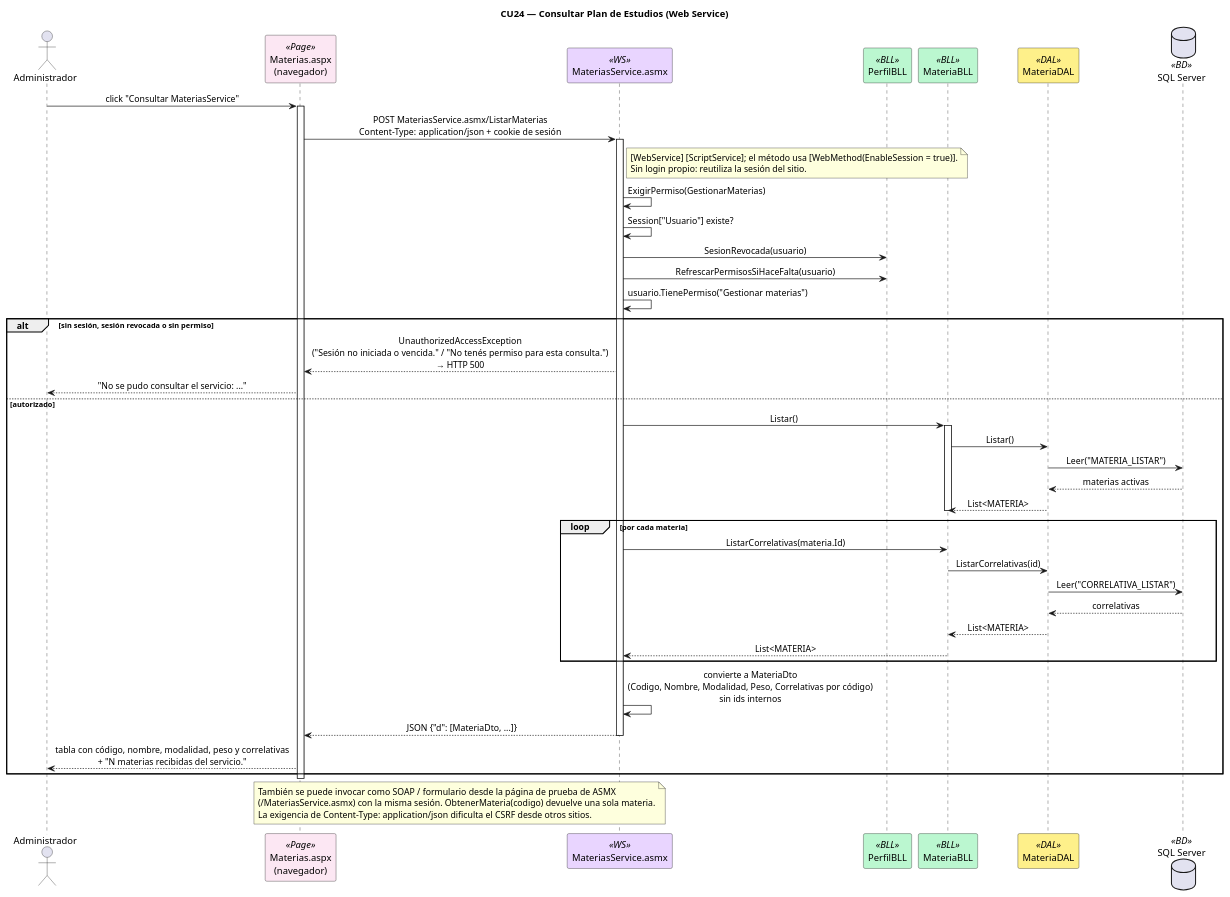
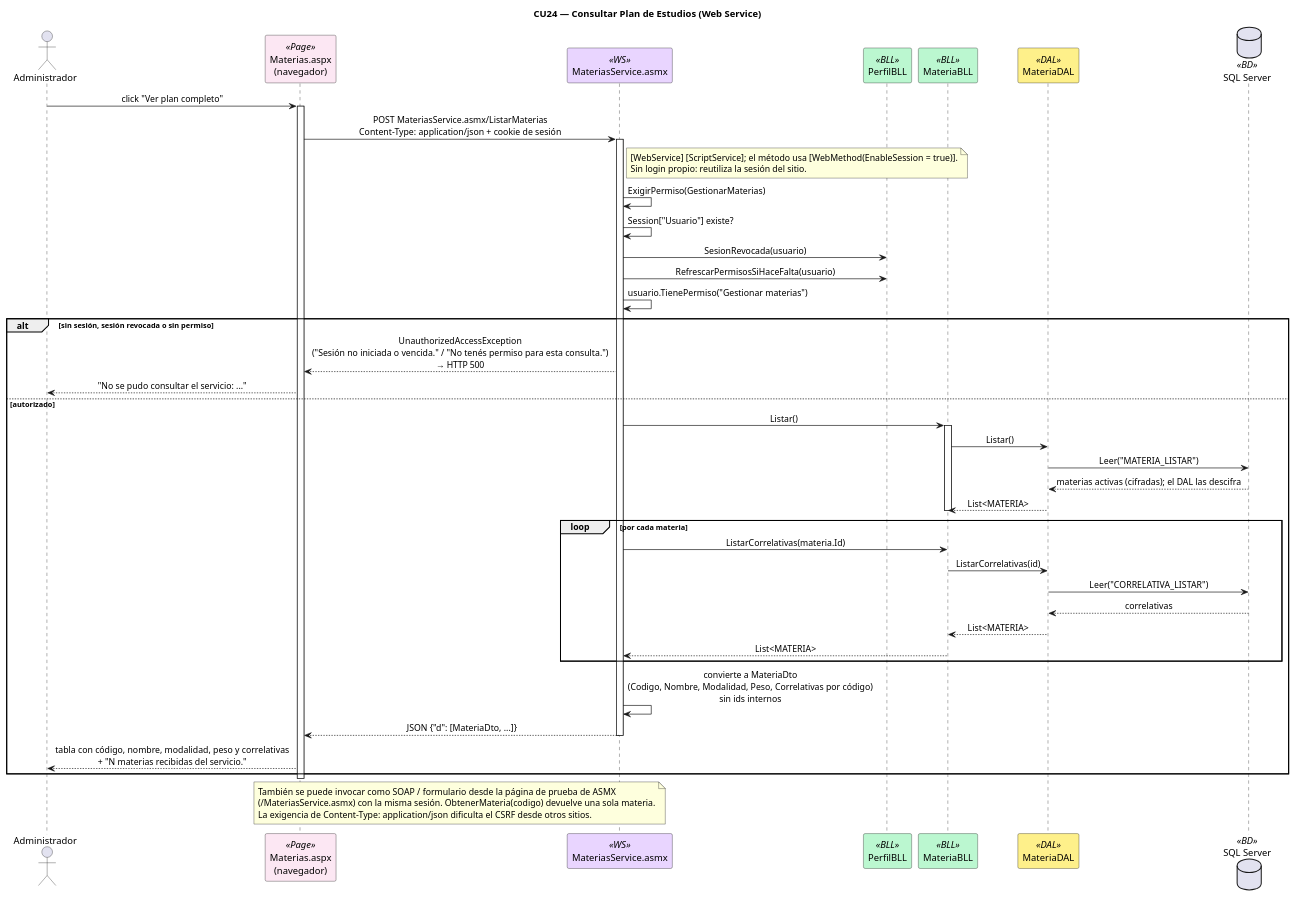
The diagram in DIAGRAMAS/Secuencia_CU24_ConsultarPlanWebService.puml (Urrels/tpDYAWeb), drawn with PlantUML before and after one commit. The commit also changed 16 other files, not shown here.

```diff
--- a/DIAGRAMAS/Secuencia_CU24_ConsultarPlanWebService.puml
+++ b/DIAGRAMAS/Secuencia_CU24_ConsultarPlanWebService.puml
@@ -1,68 +1,68 @@
 @startuml Secuencia_CU24_ConsultarPlanWebService
 title CU24 — Consultar Plan de Estudios (Web Service)
 skinparam sequenceMessageAlign center
 skinparam shadowing false
 skinparam sequenceParticipant {
     BackgroundColor<<Page>> #FCE7F3
     BackgroundColor<<WS>> #E9D5FF
     BackgroundColor<<BLL>> #BBF7D0
     BackgroundColor<<DAL>> #FEF08A
     BackgroundColor<<BD>> #DBEAFE
 }
 
 actor Administrador as ADM
 participant "Materias.aspx\n(navegador)" as PAGE <<Page>>
 participant "MateriasService.asmx" as WS <<WS>>
 participant "PerfilBLL" as PBLL <<BLL>>
 participant "MateriaBLL" as BLL <<BLL>>
 participant "MateriaDAL" as DAL <<DAL>>
 database "SQL Server" as DB <<BD>>
 
-ADM -> PAGE : click "Consultar MateriasService"
+ADM -> PAGE : click "Ver plan completo"
 activate PAGE
 PAGE -> WS : POST MateriasService.asmx/ListarMaterias\nContent-Type: application/json + cookie de sesión
 activate WS
 note right of WS
   [WebService] [ScriptService]; el método usa [WebMethod(EnableSession = true)].
   Sin login propio: reutiliza la sesión del sitio.
 end note
 
 WS -> WS : ExigirPermiso(GestionarMaterias)
 WS -> WS : Session["Usuario"] existe?
 WS -> PBLL : SesionRevocada(usuario)
 WS -> PBLL : RefrescarPermisosSiHaceFalta(usuario)
 WS -> WS : usuario.TienePermiso("Gestionar materias")
 
 alt sin sesión, sesión revocada o sin permiso
   WS --> PAGE : UnauthorizedAccessException\n("Sesión no iniciada o vencida." / "No tenés permiso para esta consulta.")\n→ HTTP 500
   PAGE --> ADM : "No se pudo consultar el servicio: ..."
 else autorizado
   WS -> BLL : Listar()
   activate BLL
   BLL -> DAL : Listar()
   DAL -> DB : Leer("MATERIA_LISTAR")
-  DB --> DAL : materias activas
+  DB --> DAL : materias activas (cifradas); el DAL las descifra
   DAL --> BLL : List<MATERIA>
   deactivate BLL
   loop por cada materia
     WS -> BLL : ListarCorrelativas(materia.Id)
     BLL -> DAL : ListarCorrelativas(id)
     DAL -> DB : Leer("CORRELATIVA_LISTAR")
     DB --> DAL : correlativas
     DAL --> BLL : List<MATERIA>
     BLL --> WS : List<MATERIA>
   end
   WS -> WS : convierte a MateriaDto\n(Codigo, Nombre, Modalidad, Peso, Correlativas por código)\nsin ids internos
   WS --> PAGE : JSON {"d": [MateriaDto, ...]}
   deactivate WS
   PAGE --> ADM : tabla con código, nombre, modalidad, peso y correlativas\n+ "N materias recibidas del servicio."
 end
 deactivate PAGE
 
 note over PAGE, WS
   También se puede invocar como SOAP / formulario desde la página de prueba de ASMX
   (/MateriasService.asmx) con la misma sesión. ObtenerMateria(codigo) devuelve una sola materia.
   La exigencia de Content-Type: application/json dificulta el CSRF desde otros sitios.
 end note
 
 @enduml
```
